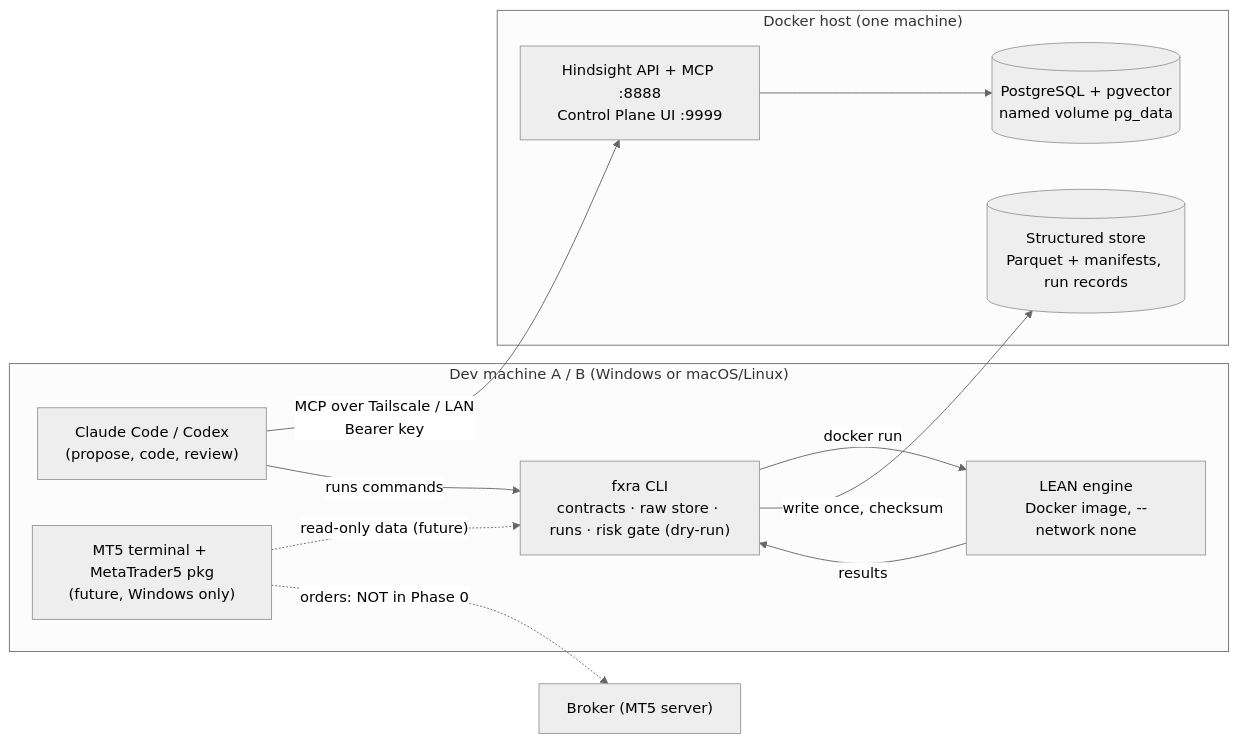
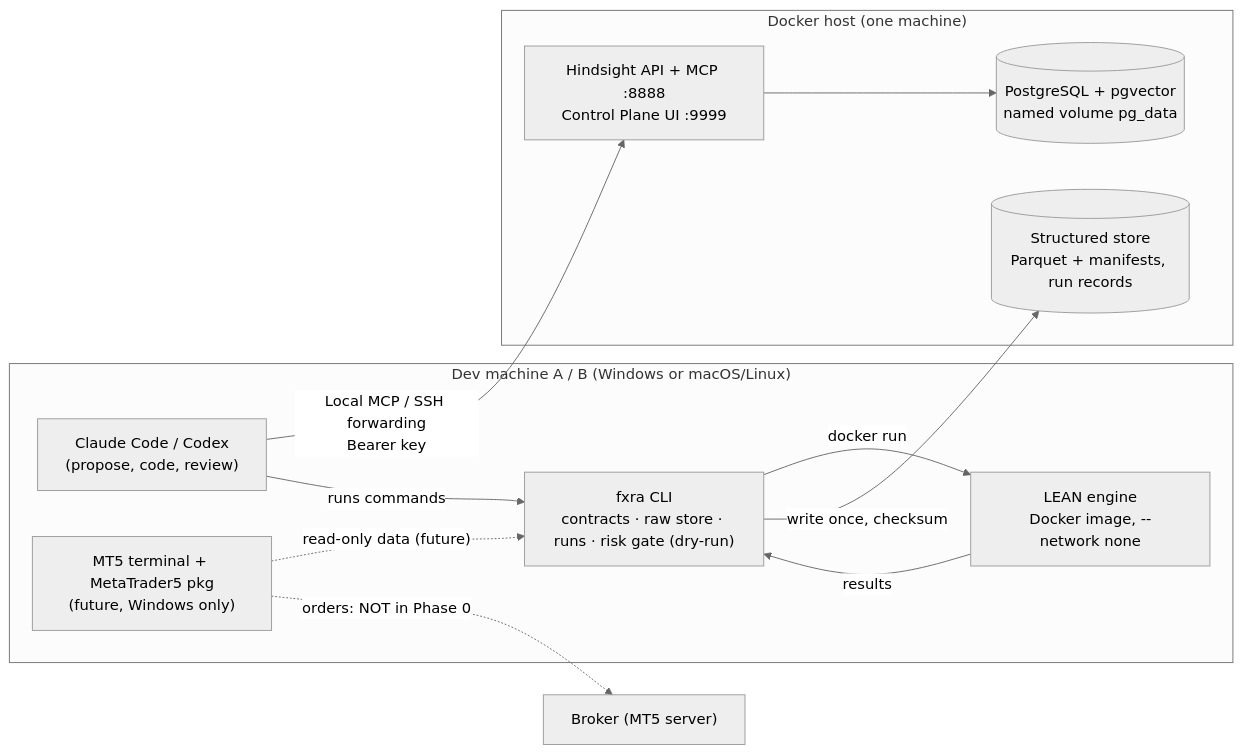
Before and after one commit to philongbuile/fx-research-agent: the diagram in docs/architecture.md, drawn with Mermaid (neutral theme). The commit also changed other lines of this file and 13 other files, not shown here.

````diff
--- a/docs/architecture.md
+++ b/docs/architecture.md
@@ -5,24 +5,24 @@
 ```mermaid
 flowchart LR
   subgraph DEV["Dev machine A / B (Windows or macOS/Linux)"]
     AG["Claude Code / Codex<br/>(propose, code, review)"]
     FX["fxra CLI<br/>contracts · raw store · runs · risk gate (dry-run)"]
     LEAN["LEAN engine<br/>Docker image, --network none"]
     MT5T["MT5 terminal + MetaTrader5 pkg<br/>(future, Windows only)"]
   end
   subgraph HOST["Docker host (one machine)"]
     HS["Hindsight API + MCP :8888<br/>Control Plane UI :9999"]
     PG[("PostgreSQL + pgvector<br/>named volume pg_data")]
     STORE[("Structured store<br/>Parquet + manifests, run records")]
   end
   BROKER["Broker (MT5 server)"]
 
-  AG -- "MCP over Tailscale / LAN<br/>Bearer key" --> HS
+  AG -- "Local MCP / SSH forwarding<br/>Bearer key" --> HS
   HS --> PG
   AG -- "runs commands" --> FX
   FX -- "docker run" --> LEAN
   FX -- "write once, checksum" --> STORE
   LEAN -- "results" --> FX
   MT5T -. "read-only data (future)" .-> FX
   MT5T -. "orders: NOT in Phase 0" .-> BROKER
 ```
````
